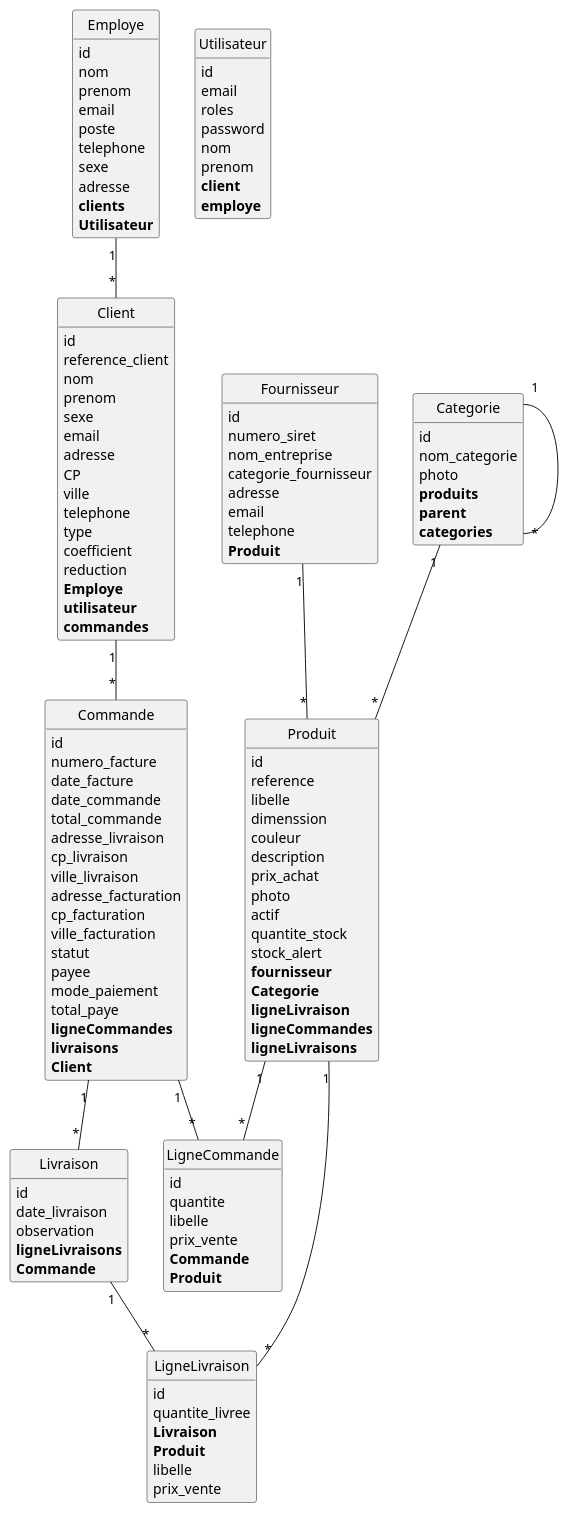
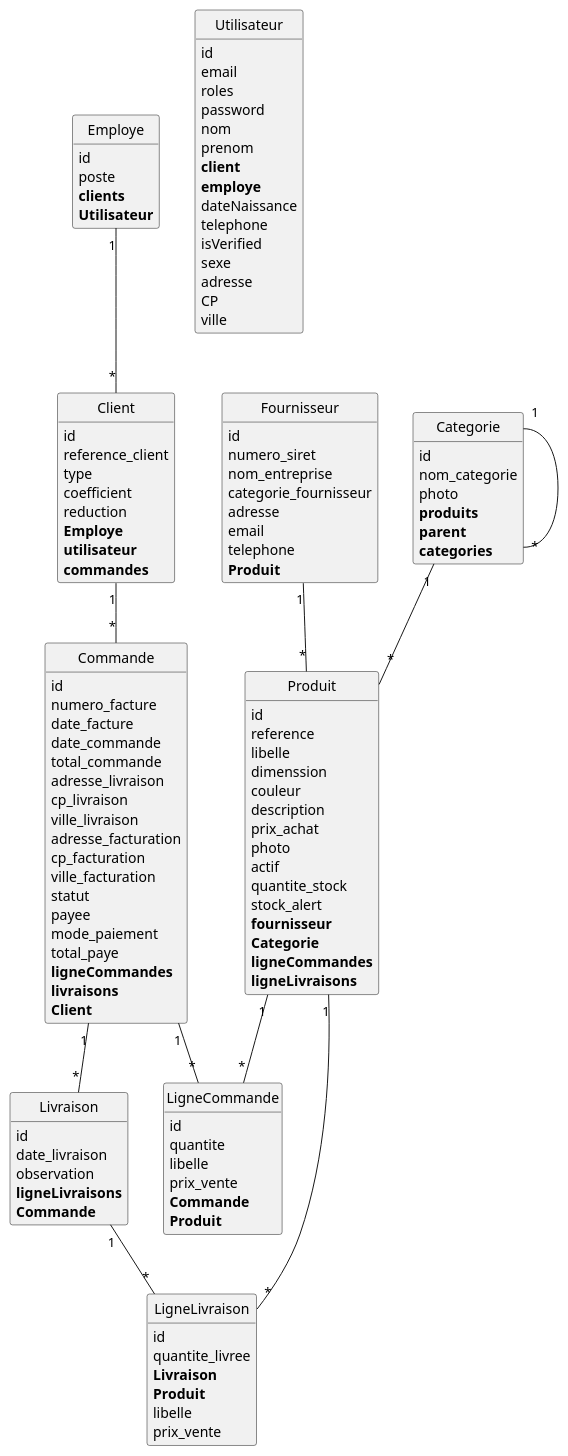
The diagram in puml/index.puml (AMMOUCHI23/villageGreen), drawn with PlantUML before and after one commit. The commit also changed 14 other files, not shown here.

```diff
--- a/puml/index.puml
+++ b/puml/index.puml
@@ -1,143 +1,135 @@
 class Livraison {
 	id
 	date_livraison
 	observation
 	**ligneLivraisons**
 	**Commande**
 }
 
 class Client {
 	id
 	reference_client
-	nom
-	prenom
-	sexe
-	email
-	adresse
-	CP
-	ville
-	telephone
 	type
 	coefficient
 	reduction
 	**Employe**
 	**utilisateur**
 	**commandes**
 }
 
 class Fournisseur {
 	id
 	numero_siret
 	nom_entreprise
 	categorie_fournisseur
 	adresse
 	email
 	telephone
 	**Produit**
 }
 
 class LigneLivraison {
 	id
 	quantite_livree
 	**Livraison**
 	**Produit**
 	libelle
 	prix_vente
 }
 
 class Employe {
 	id
-	nom
-	prenom
-	email
 	poste
-	telephone
-	sexe
-	adresse
 	**clients**
 	**Utilisateur**
 }
 
 class Utilisateur {
 	id
 	email
 	roles
 	password
 	nom
 	prenom
 	**client**
 	**employe**
+	dateNaissance
+	telephone
+	isVerified
+	sexe
+	adresse
+	CP
+	ville
 }
 
 class Produit {
 	id
 	reference
 	libelle
 	dimenssion
 	couleur
 	description
 	prix_achat
 	photo
 	actif
 	quantite_stock
 	stock_alert
 	**fournisseur**
 	**Categorie**
-	**ligneLivraison**
 	**ligneCommandes**
 	**ligneLivraisons**
 }
 
 class LigneCommande {
 	id
 	quantite
 	libelle
 	prix_vente
 	**Commande**
 	**Produit**
 }
 
 class Commande {
 	id
 	numero_facture
 	date_facture
 	date_commande
 	total_commande
 	adresse_livraison
 	cp_livraison
 	ville_livraison
 	adresse_facturation
 	cp_facturation
 	ville_facturation
 	statut
 	payee
 	mode_paiement
 	total_paye
 	**ligneCommandes**
 	**livraisons**
 	**Client**
 }
 
 class Categorie {
 	id
 	nom_categorie
 	photo
 	**produits**
 	**parent**
 	**categories**
 }
 
 Livraison "1"--"*" LigneLivraison
 Client "1"--"*" Commande
 Fournisseur "1"--"*" Produit
 Employe "1"--"*" Client
 Produit "1"--"*" LigneCommande
 Produit "1"--"*" LigneLivraison
 Commande "1"--"*" LigneCommande
 Commande "1"--"*" Livraison
 Categorie "1"--"*" Produit
 Categorie "1"--"*" Categorie
 
 
 hide methods
 hide circle
```
